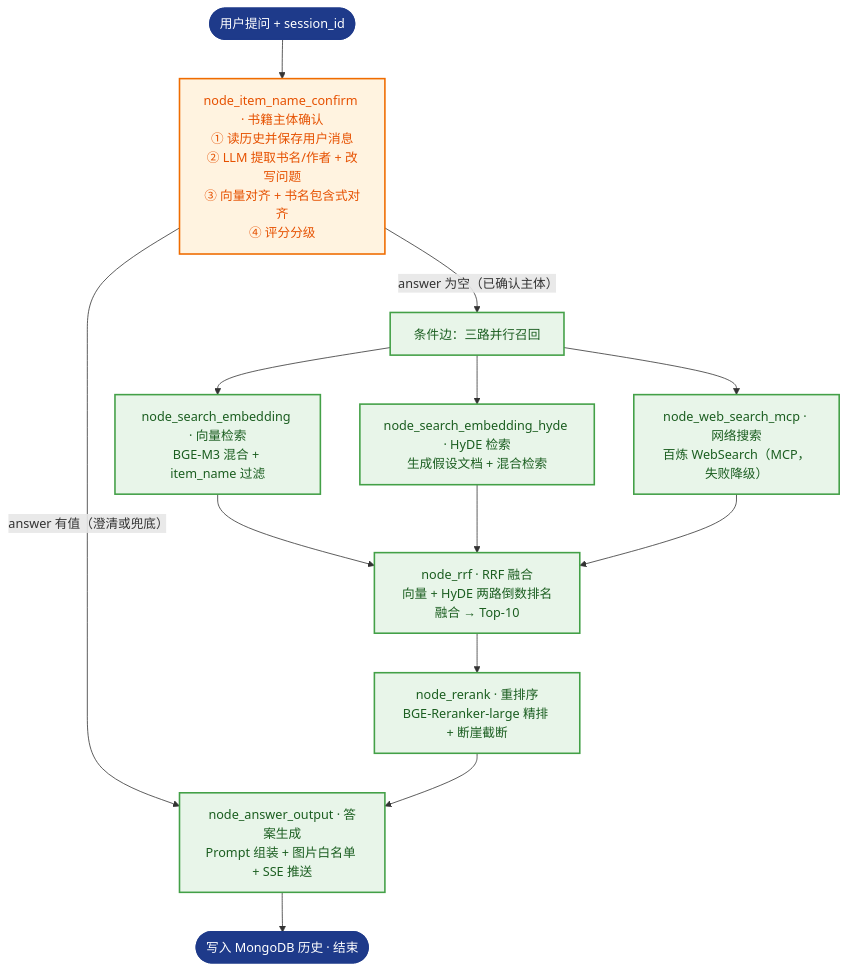
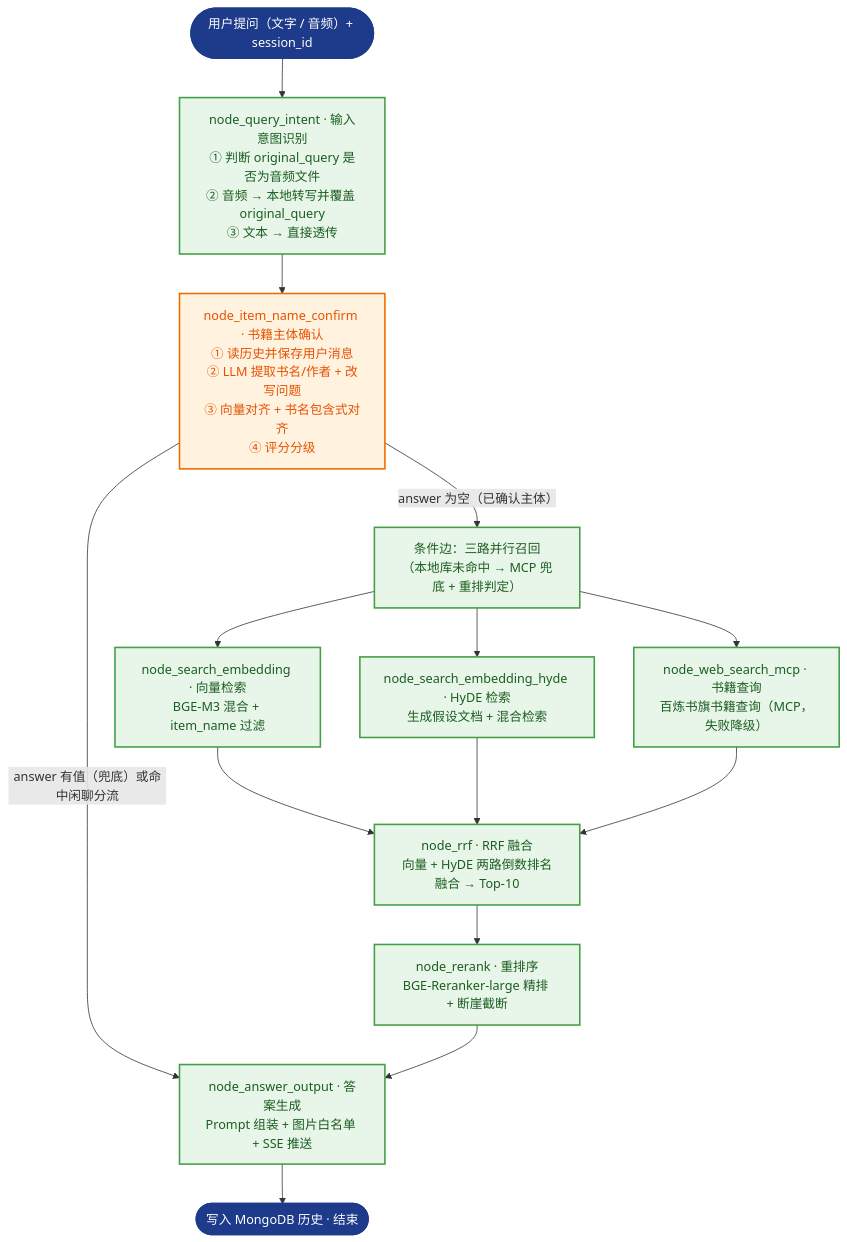
One commit to Zebra0312/listenbook_rag changed the second of 2 diagrams in README.md. Above: the diagram before and after it, drawn with Mermaid. The commit also changed other lines of this file and 17 other files, not shown here.

Commit message:
[新增]完善了mp3格式的相关业务修改mcp为图书查询相关的mcp,新增闲聊模块

````diff
--- a/README.md
+++ b/README.md
@@ -210,27 +294,30 @@
 ```mermaid
 flowchart TD
     classDef startEnd fill:#1e3a8a,stroke:#1e3a8a,color:#ffffff,stroke-width:2px,rx:14px,ry:14px;
     classDef done fill:#e8f5e9,stroke:#43a047,color:#1b5e20,stroke-width:2px;
     classDef gate fill:#fff3e0,stroke:#ef6c00,color:#e65100,stroke-width:2px;
 
-    Q(["用户提问 + session_id"]):::startEnd --> R1
+    Q(["用户提问（文字 / 音频）+ session_id"]):::startEnd --> R0
+
+    R0["node_query_intent · 输入意图识别<br/>① 判断 original_query 是否为音频文件<br/>② 音频 → 本地转写并覆盖 original_query<br/>③ 文本 → 直接透传"]:::done
+    R0 --> R1
 
     R1["node_item_name_confirm · 书籍主体确认<br/>① 读历史并保存用户消息<br/>② LLM 提取书名/作者 + 改写问题<br/>③ 向量对齐 + 书名包含式对齐<br/>④ 评分分级"]:::gate
     R1 -->|"answer 为空（已确认主体）"| R2
-    R1 -->|"answer 有值（澄清或兜底）"| R7
+    R1 -->|"answer 有值（兜底）或命中闲聊分流"| R7
 
-    R2["条件边：三路并行召回"]:::done
+    R2["条件边：三路并行召回<br/>（本地库未命中 → MCP 兜底 + 重排判定）"]:::done
     R2 --> R3A & R3B & R3C
 
     R3A["node_search_embedding · 向量检索<br/>BGE-M3 混合 + item_name 过滤"]:::done
     R3B["node_search_embedding_hyde · HyDE 检索<br/>生成假设文档 + 混合检索"]:::done
-    R3C["node_web_search_mcp · 网络搜索<br/>百炼 WebSearch（MCP，失败降级）"]:::done
+    R3C["node_web_search_mcp · 书籍查询<br/>百炼书旗书籍查询（MCP，失败降级）"]:::done
 
     R3A --> R5
     R3B --> R5
     R3C --> R5
 
     R5["node_rrf · RRF 融合<br/>向量 + HyDE 两路倒数排名融合 → Top-10"]:::done --> R6["node_rerank · 重排序<br/>BGE-Reranker-large 精排 + 断崖截断"]:::done
     R6 --> R7["node_answer_output · 答案生成<br/>Prompt 组装 + 图片白名单 + SSE 推送"]:::done
     R7 --> END_D(["写入 MongoDB 历史 · 结束"]):::startEnd
 ```
````
